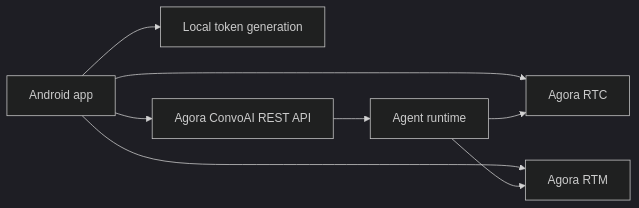
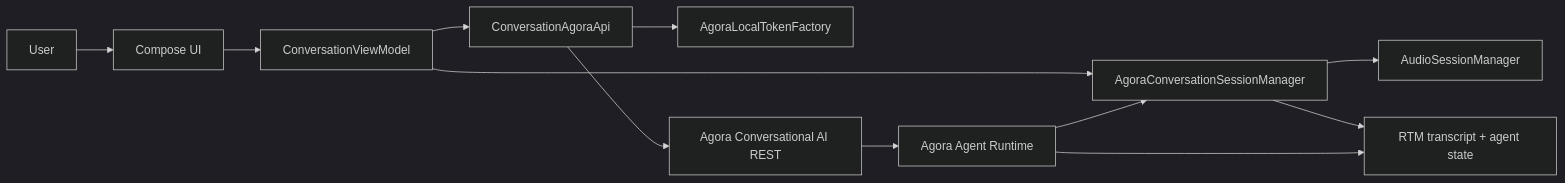
One commit to AgoraIO-Conversational-AI/agent-quickstart-android changed the first of 7 diagrams in README.md. Above: the diagram before and after it, drawn with Mermaid (dark theme). The commit also changed other lines of this file and 11 other files, not shown here.

````diff
--- a/README.md
+++ b/README.md
@@ -102,10 +57,14 @@
 ```mermaid
 flowchart LR
-    A["Android app"] --> B["Local token generation"]
-    A --> C["Agora ConvoAI REST API"]
-    A --> D["Agora RTC"]
-    A --> E["Agora RTM"]
-    C --> F["Agent runtime"]
-    F --> D
-    F --> E
+    U["User"] --> UI["Compose UI"]
+    UI --> VM["ConversationViewModel"]
+    VM --> API["ConversationAgoraApi"]
+    API --> TOKENS["AgoraLocalTokenFactory"]
+    API --> REST["Agora Conversational AI REST"]
+    VM --> RTC["AgoraConversationSessionManager"]
+    RTC --> AUDIO["AudioSessionManager"]
+    RTC --> RTM["RTM transcript + agent state"]
+    REST --> AGENT["Agora Agent Runtime"]
+    AGENT --> RTC
+    AGENT --> RTM
 ```
````
